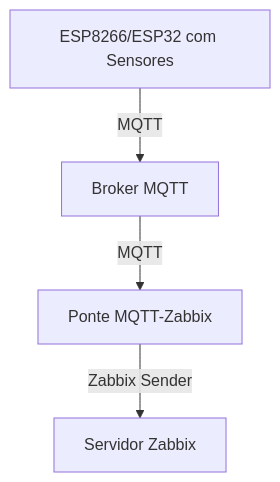
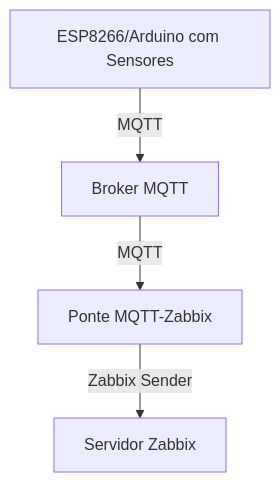
Before and after one commit to RegisBloemer/ubiquos_DEC0021-09655: the diagram in README.md, drawn with Mermaid. The commit also changed other lines of this file and 5 other files, not shown here.

````diff
--- a/README.md
+++ b/README.md
@@ -18,6 +17,6 @@
 ```mermaid
 graph TD
-    A[ESP8266/ESP32 com Sensores] -->|MQTT| B[Broker MQTT]
-    B -->|MQTT| C[Ponte MQTT-Zabbix]
-    C -->|Zabbix Sender| D[Servidor Zabbix]
+   A[ESP8266/Arduino com Sensores] -->|MQTT| B[Broker MQTT]
+   B -->|MQTT| C[Ponte MQTT-Zabbix]
+   C -->|Zabbix Sender| D[Servidor Zabbix]
 ```
````
